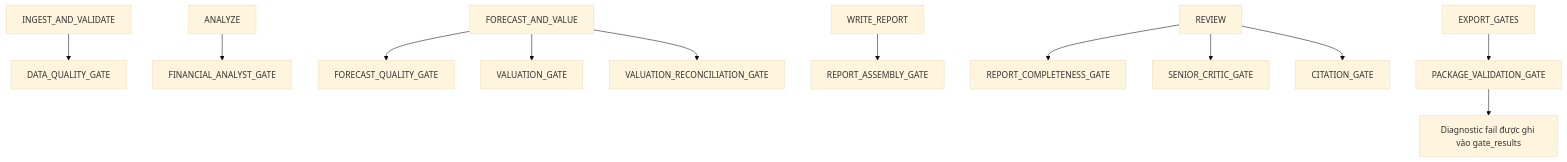
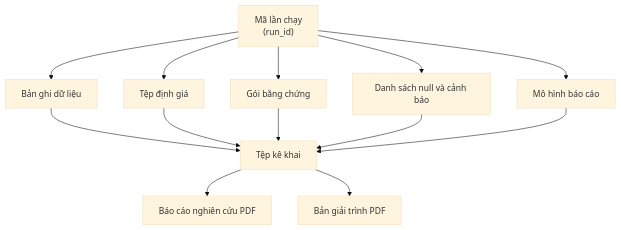
One commit to haubelerche/equity-research-system changed the ninth of 9 diagrams in docs/SEQUENCE.md. Above: the diagram before and after it, drawn with Mermaid (base theme). The commit also changed other lines of this file and 122 other files, not shown here.

````diff
--- a/docs/SEQUENCE.md
+++ b/docs/SEQUENCE.md
@@ -527,14 +289,25 @@
 ```mermaid
 flowchart TD
-    A["INGEST_AND_VALIDATE"] --> A1["DATA_QUALITY_GATE"]
-    B["ANALYZE"] --> B1["FINANCIAL_ANALYST_GATE"]
-    C["FORECAST_AND_VALUE"] --> C1["FORECAST_QUALITY_GATE"]
-    C --> C2["VALUATION_GATE"]
-    C --> C3["VALUATION_RECONCILIATION_GATE"]
-    D["WRITE_REPORT"] --> D1["REPORT_ASSEMBLY_GATE"]
-    E["REVIEW"] --> E1["REPORT_COMPLETENESS_GATE"]
-    E --> E2["SENIOR_CRITIC_GATE"]
-    E --> E3["CITATION_GATE"]
-    F["EXPORT_GATES"] --> F1["PACKAGE_VALIDATION_GATE"]
-    F1 --> X["Diagnostic fail được ghi vào gate_results"]
+    A["Mã lần chạy<br/>(run_id)"]
+    B["Bản ghi dữ liệu"]
+    C["Tệp định giá"]
+    D["Gói bằng chứng"]
+    E["Danh sách null và cảnh báo"]
+    F["Mô hình báo cáo"]
+    G["Tệp kê khai"]
+    H["Báo cáo nghiên cứu PDF"]
+    I["Bản giải trình PDF"]
+
+    A --> B
+    A --> C
+    A --> D
+    A --> E
+    A --> F
+    B --> G
+    C --> G
+    D --> G
+    E --> G
+    F --> G
+    G --> H
+    G --> I
 ```
````
